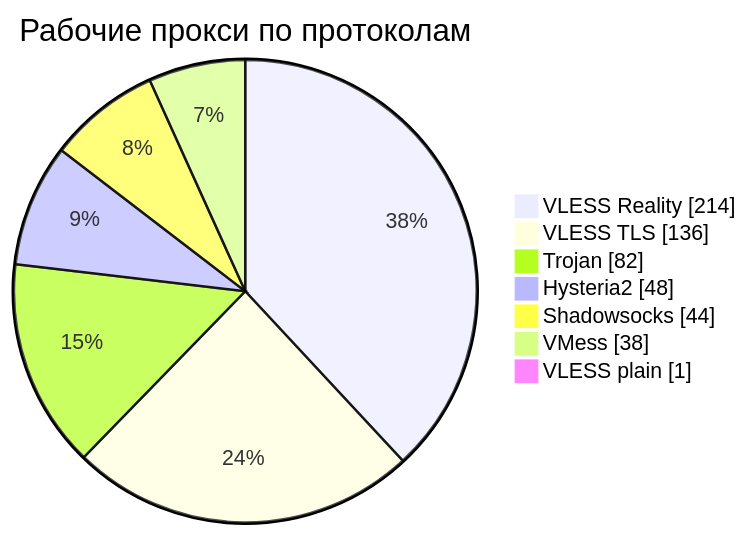
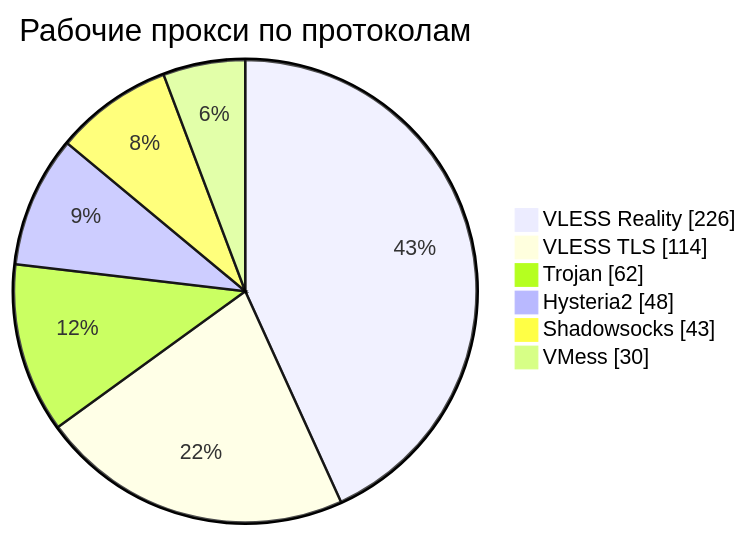
Before and after one commit to rvvg/proxy-subs: the third of 4 diagrams in README.md, drawn with Mermaid. The commit also changed other lines of this file and 52 other files, not shown here.

````diff
--- a/README.md
+++ b/README.md
@@ -135,11 +138,10 @@
 ```mermaid
 pie showData
     title Рабочие прокси по протоколам
-    "VLESS Reality" : 214
-    "VLESS TLS" : 136
-    "Trojan" : 82
+    "VLESS Reality" : 226
+    "VLESS TLS" : 114
+    "Trojan" : 62
     "Hysteria2" : 48
-    "Shadowsocks" : 44
-    "VMess" : 38
-    "VLESS plain" : 1
+    "Shadowsocks" : 43
+    "VMess" : 30
 ```
````
